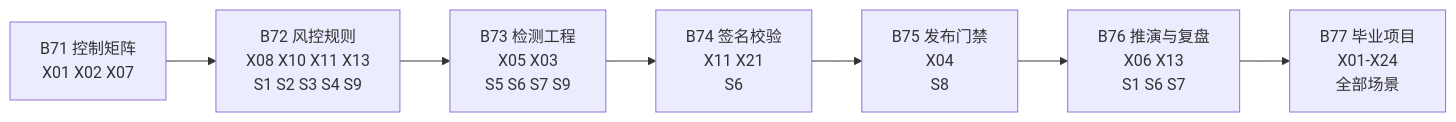
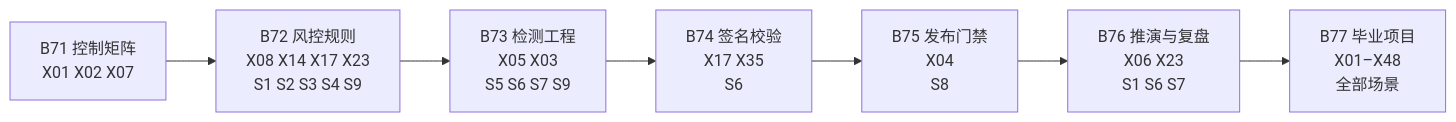
Before and after one commit to ocean-8848/web3-security-101: the diagram in Web3-Security/bootcamp/B70-offchain-l3-guide.md, drawn with Mermaid. The commit also changed other lines of this file and 150 other files, not shown here.

````diff
--- a/Web3-Security/bootcamp/B70-offchain-l3-guide.md
+++ b/Web3-Security/bootcamp/B70-offchain-l3-guide.md
@@ -112,9 +112,9 @@
 ```mermaid
 flowchart LR
-    B71["B71 控制矩阵<br/>X01 X02 X07"] --> B72["B72 风控规则<br/>X08 X10 X11 X13<br/>S1 S2 S3 S4 S9"]
+    B71["B71 控制矩阵<br/>X01 X02 X07"] --> B72["B72 风控规则<br/>X08 X14 X17 X23<br/>S1 S2 S3 S4 S9"]
     B72 --> B73["B73 检测工程<br/>X05 X03<br/>S5 S6 S7 S9"]
-    B73 --> B74["B74 签名校验<br/>X11 X21<br/>S6"]
+    B73 --> B74["B74 签名校验<br/>X17 X35<br/>S6"]
     B74 --> B75["B75 发布门禁<br/>X04<br/>S8"]
-    B75 --> B76["B76 推演与复盘<br/>X06 X13<br/>S1 S6 S7"]
-    B76 --> B77["B77 毕业项目<br/>X01-X24<br/>全部场景"]
+    B75 --> B76["B76 推演与复盘<br/>X06 X23<br/>S1 S6 S7"]
+    B76 --> B77["B77 毕业项目<br/>X01–X48<br/>全部场景"]
 ```
````
